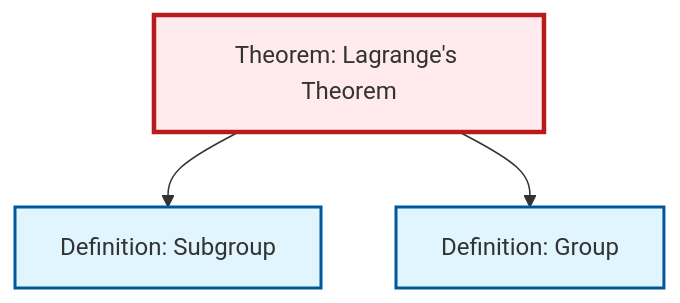
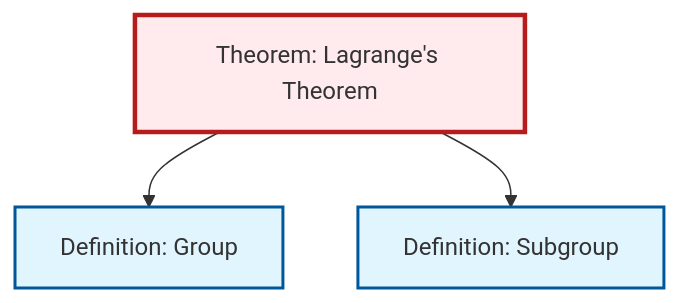
Before and after one commit to RK0429/ModernMath: the diagram in content/en/algebra/thm-lagrange.qmd, drawn with Mermaid. The commit also changed other lines of this file and 203 other files, not shown here.

````diff
--- a/content/en/algebra/thm-lagrange.qmd
+++ b/content/en/algebra/thm-lagrange.qmd
@@ -40,18 +40,15 @@
 ```{mermaid}
 %%| fig-cap: "Local dependency graph"
 graph TD
     classDef definition fill:#e1f5fe,stroke:#01579b,stroke-width:2px
     classDef theorem fill:#f3e5f5,stroke:#4a148c,stroke-width:2px
     classDef axiom fill:#fff3e0,stroke:#e65100,stroke-width:2px
     classDef example fill:#e8f5e9,stroke:#1b5e20,stroke-width:2px
     classDef current fill:#ffebee,stroke:#b71c1c,stroke-width:3px
+    def-group["Definition: Group"]:::definition
+    thm-lagrange["Theorem: Lagrange's Theorem"]:::theorem
     def-subgroup["Definition: Subgroup"]:::definition
-    thm-lagrange["Theorem: Lagrange's Theorem"]:::theorem
-    def-group["Definition: Group"]:::definition
+    thm-lagrange --> def-group
     thm-lagrange --> def-subgroup
-    thm-lagrange --> def-group
     class thm-lagrange current
-
-    click def-subgroup "def-subgroup.html" "Go to Subgroup definition"
-    click def-group "def-group.html" "Go to Group definition"
 ```
````
